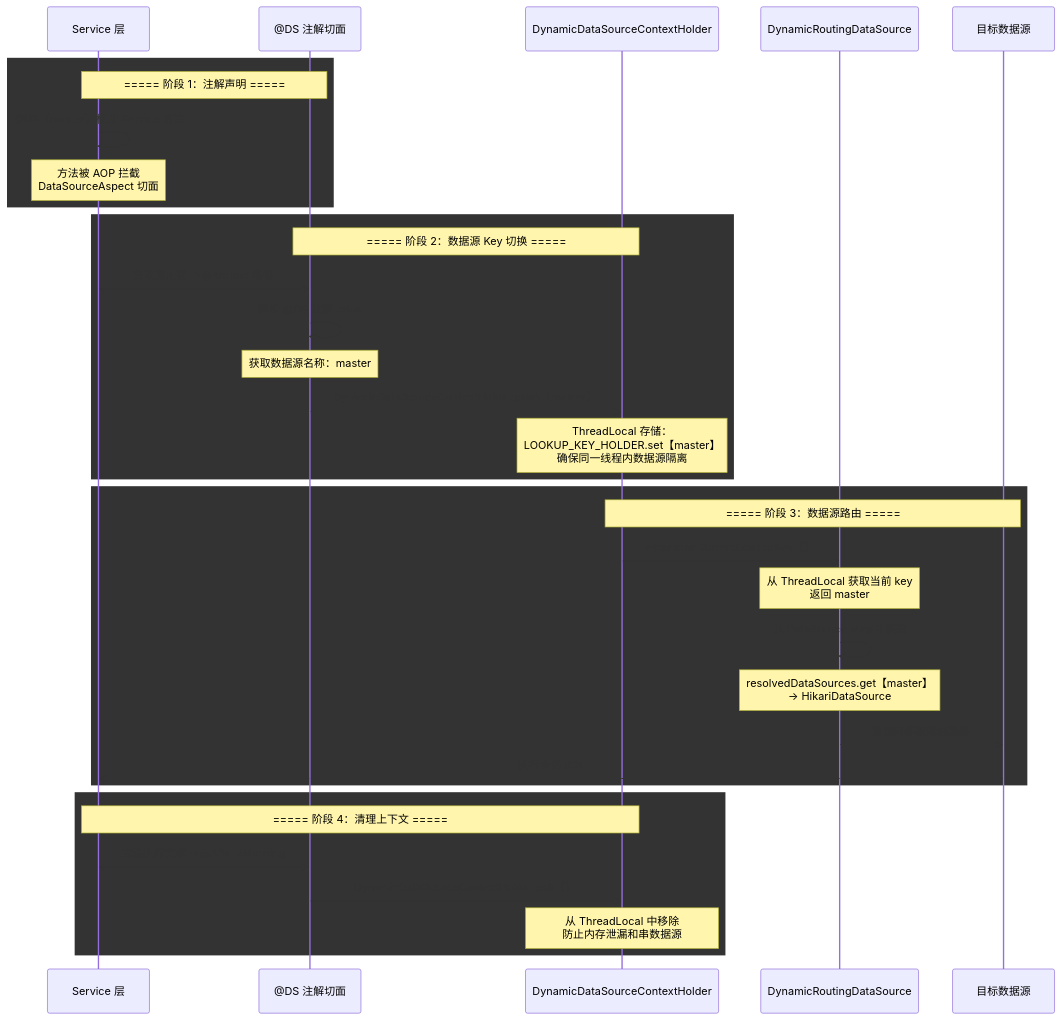
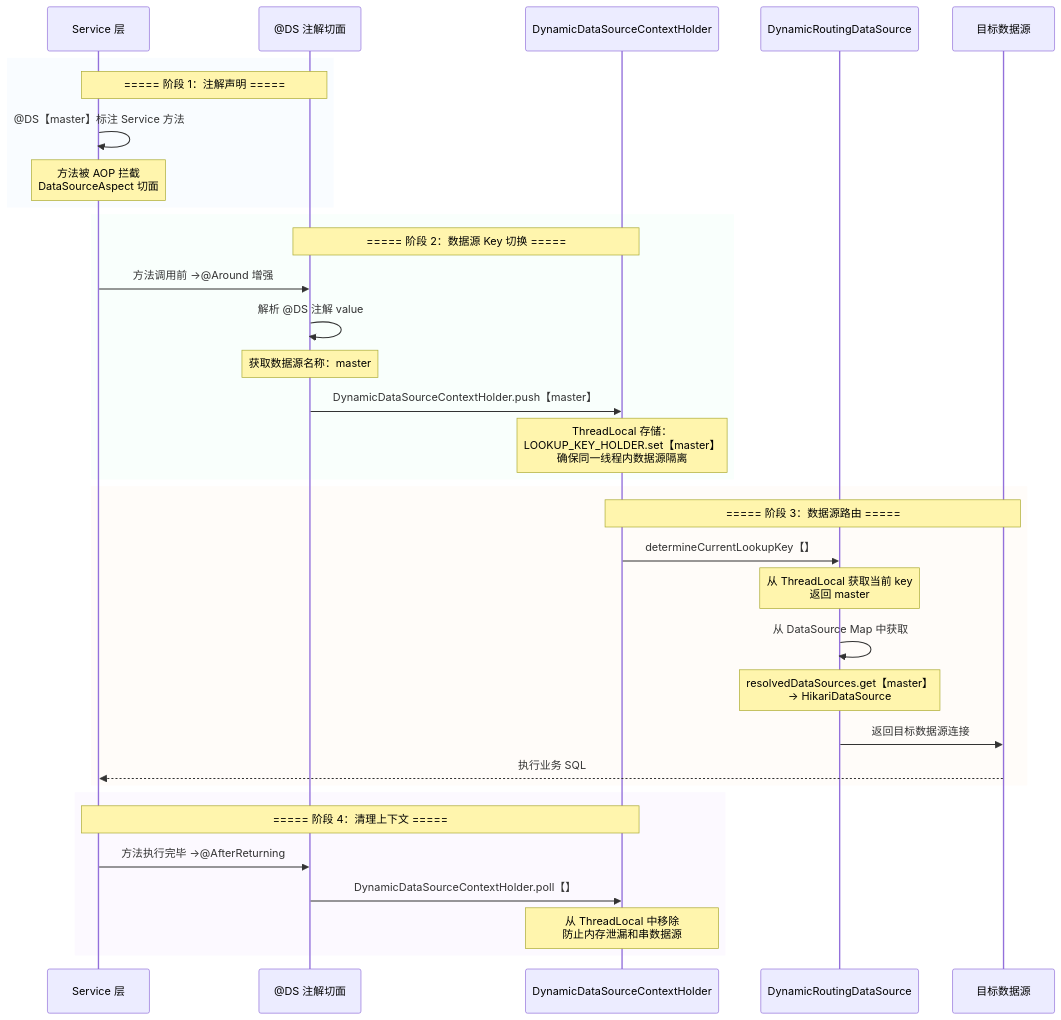
Diagram 20 of 28 in src/content/philes/volume-1/Java-Backend/MyBatis-Plus深度解析.md (AH23333/Blog), drawn with Mermaid before and after one commit. The commit also changed other lines of this file and 17 other files, not shown here.

Commit message:
修复所有已知bug（mermaid渲染、表格识别），添加错误总结经验，暂时保留测试文件，准备考虑优化性能与重构

````diff
--- a/src/content/philes/volume-1/Java-Backend/MyBatis-Plus深度解析.md
+++ b/src/content/philes/volume-1/Java-Backend/MyBatis-Plus深度解析.md
@@ -1051,40 +1051,40 @@
 ```mermaid
 sequenceDiagram
     participant SVC as Service 层
     participant DS_ASP as @DS 注解切面
     participant DCH as DynamicDataSourceContextHolder
     participant DDS as DynamicRoutingDataSource
     participant DS as 目标数据源
 
-    rect rgba【240, 248, 255, 0.4】
+    rect rgba(240, 248, 255, 0.4)
     Note over SVC,DS_ASP: ===== 阶段 1：注解声明 =====
     SVC->>SVC: @DS【master】标注 Service 方法
     Note over SVC: 方法被 AOP 拦截<br/>DataSourceAspect 切面
     end
 
-    rect rgba【240, 255, 248, 0.4】
+    rect rgba(240, 255, 248, 0.4)
     Note over DS_ASP,DCH: ===== 阶段 2：数据源 Key 切换 =====
     SVC->>DS_ASP: 方法调用前 →@Around 增强
     DS_ASP->>DS_ASP: 解析 @DS 注解 value
     Note over DS_ASP: 获取数据源名称：master
     DS_ASP->>DCH: DynamicDataSourceContextHolder.push【master】
     Note over DCH: ThreadLocal 存储：<br/>LOOKUP_KEY_HOLDER.set【master】<br/>确保同一线程内数据源隔离
     end
 
-    rect rgba【255, 248, 240, 0.4】
+    rect rgba(255, 248, 240, 0.4)
     Note over DCH,DS: ===== 阶段 3：数据源路由 =====
     DCH->>DDS: determineCurrentLookupKey【】
     Note over DDS: 从 ThreadLocal 获取当前 key<br/>返回 master
     DDS->>DDS: 从 DataSource Map 中获取
     Note over DDS: resolvedDataSources.get【master】<br/>→ HikariDataSource
     DDS->>DS: 返回目标数据源连接
     DS-->>SVC: 执行业务 SQL
     end
 
-    rect rgba【248, 240, 255, 0.4】
+    rect rgba(248, 240, 255, 0.4)
     Note over SVC,DCH: ===== 阶段 4：清理上下文 =====
     SVC->>DS_ASP: 方法执行完毕 →@AfterReturning
     DS_ASP->>DCH: DynamicDataSourceContextHolder.poll【】
     Note over DCH: 从 ThreadLocal 中移除<br/>防止内存泄漏和串数据源
     end
 ```
````
